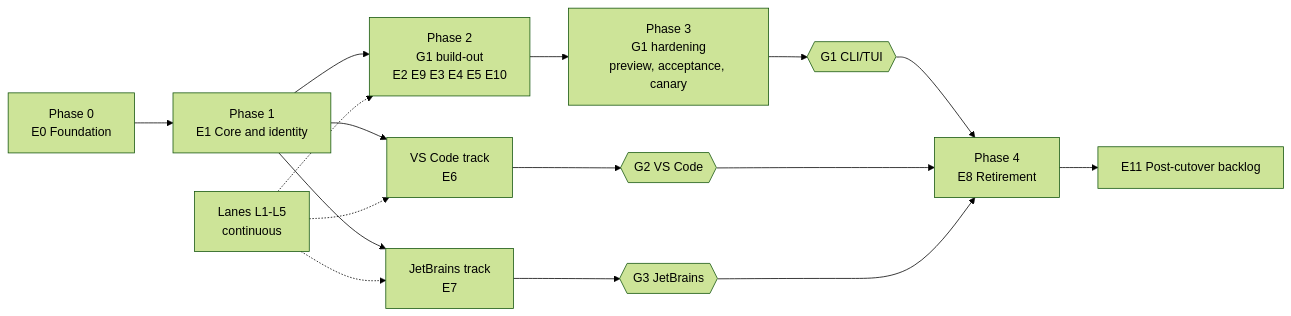
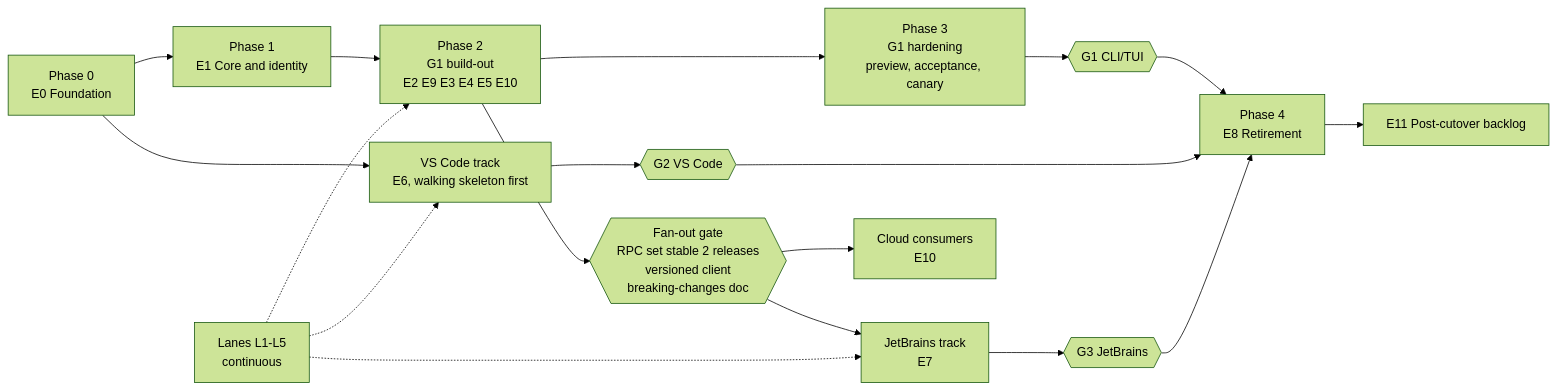
One commit to Kilo-Org/kilocode changed the first of 15 diagrams in migration-tracking/plans/kilo-v2-migration-plan.md. Above: the diagram before and after it, drawn with Mermaid (forest theme). The commit also changed other lines of this file and 13 other files, not shown here.

Commit message:
docs(migration): record the client, identity and sync-gate decisions of 2026-10-20

````diff
--- a/migration-tracking/plans/kilo-v2-migration-plan.md
+++ b/migration-tracking/plans/kilo-v2-migration-plan.md
@@ -83,18 +83,20 @@
 ```mermaid
 flowchart LR
   P0["Phase 0<br/>E0 Foundation"] --> P1["Phase 1<br/>E1 Core and identity"]
   P1 --> P2["Phase 2<br/>G1 build-out<br/>E2 E9 E3 E4 E5 E10"]
   P2 --> P3["Phase 3<br/>G1 hardening<br/>preview, acceptance, canary"]
   P3 --> G1{{"G1 CLI/TUI"}}
-  P1 --> T2["VS Code track<br/>E6"]
+  P0 --> T2["VS Code track<br/>E6, walking skeleton first"]
   T2 --> G2{{"G2 VS Code"}}
-  P1 --> T3["JetBrains track<br/>E7"]
+  P2 --> FAN{{"Fan-out gate<br/>RPC set stable 2 releases<br/>versioned client<br/>breaking-changes doc"}}
+  FAN --> T3["JetBrains track<br/>E7"]
+  FAN --> T4["Cloud consumers<br/>E10"]
   T3 --> G3{{"G3 JetBrains"}}
   G1 --> R["Phase 4<br/>E8 Retirement"]
   G2 --> R
   G3 --> R
   R --> B["E11 Post-cutover backlog"]
   L["Lanes L1-L5<br/>continuous"] -.-> P2
   L -.-> T2
   L -.-> T3
 ```
````
